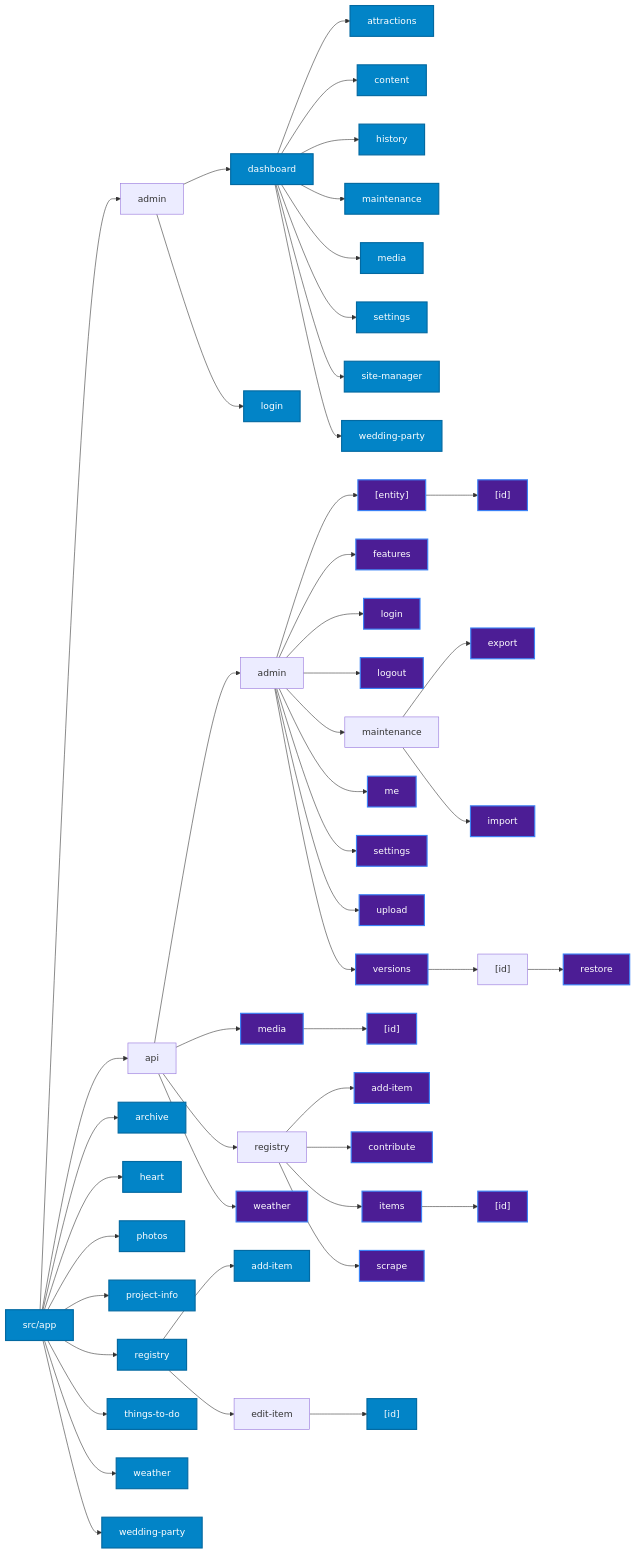
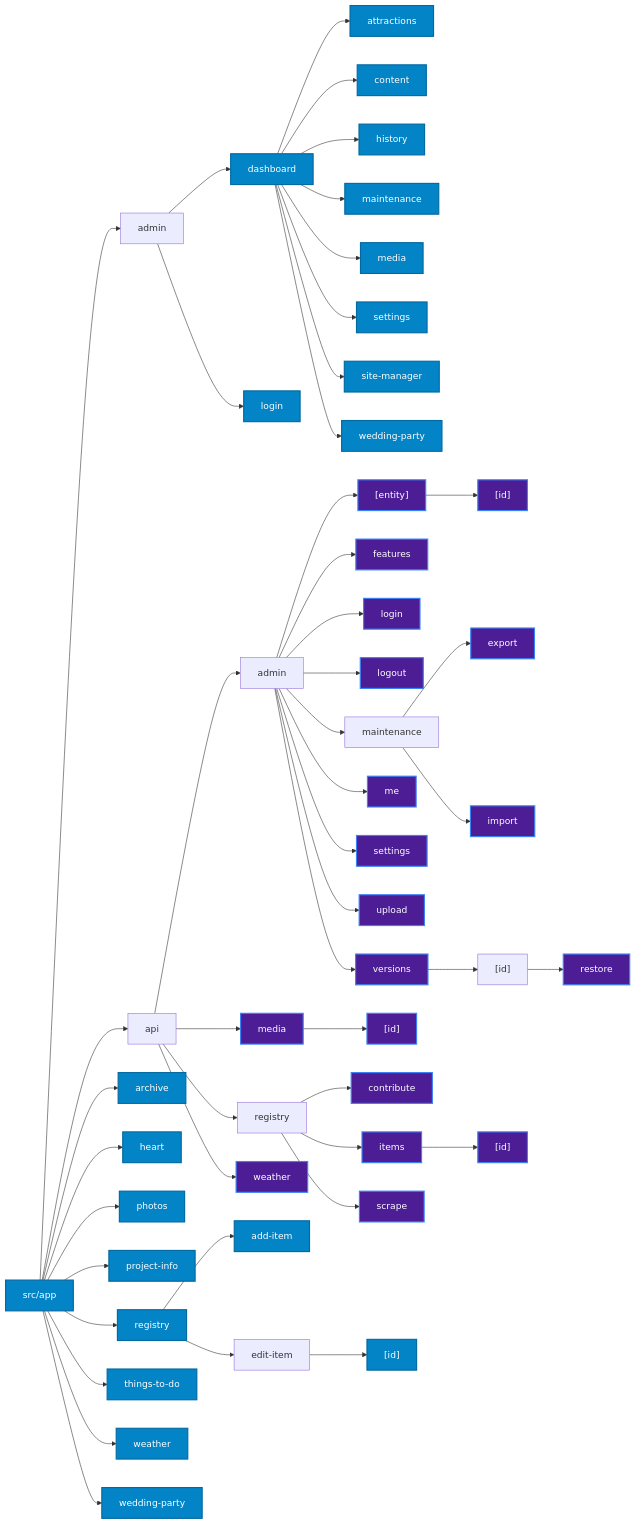
The second of 2 diagrams in ARCHITECTURE.md (fderuiter/wedding_website), drawn with Mermaid before and after one commit. The commit also changed 2 other files, not shown here.

Commit message:
docs: sync architecture, openapi schema, and fix jest config to ignore build output

```diff
--- a/ARCHITECTURE.md
+++ b/ARCHITECTURE.md
@@ -93,7 +93,6 @@
     node_api_media["media"]
     node_api_media_id["[id]"]
     node_api_registry["registry"]
-    node_api_registry_additem["add-item"]
     node_api_registry_contribute["contribute"]
     node_api_registry_items["items"]
     node_api_registry_items_id["[id]"]
@@ -140,7 +139,6 @@
     node_api --> node_api_media
     node_api_media --> node_api_media_id
     node_api --> node_api_registry
-    node_api_registry --> node_api_registry_additem
     node_api_registry --> node_api_registry_contribute
     node_api_registry --> node_api_registry_items
     node_api_registry_items --> node_api_registry_items_id
@@ -182,7 +180,6 @@
     class node_api_admin_versions_id_restore api;
     class node_api_media api;
     class node_api_media_id api;
-    class node_api_registry_additem api;
     class node_api_registry_contribute api;
     class node_api_registry_items api;
     class node_api_registry_items_id api;
```
